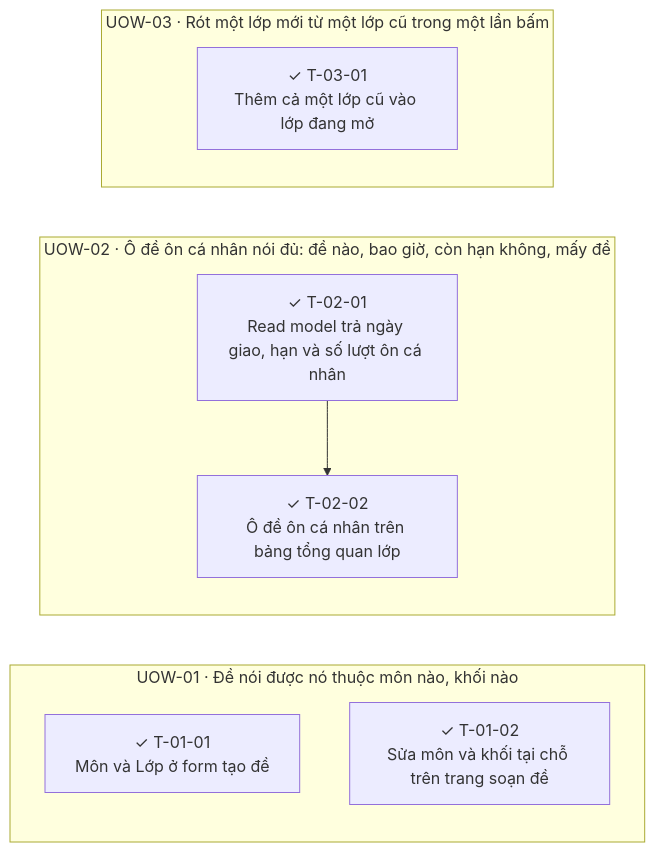
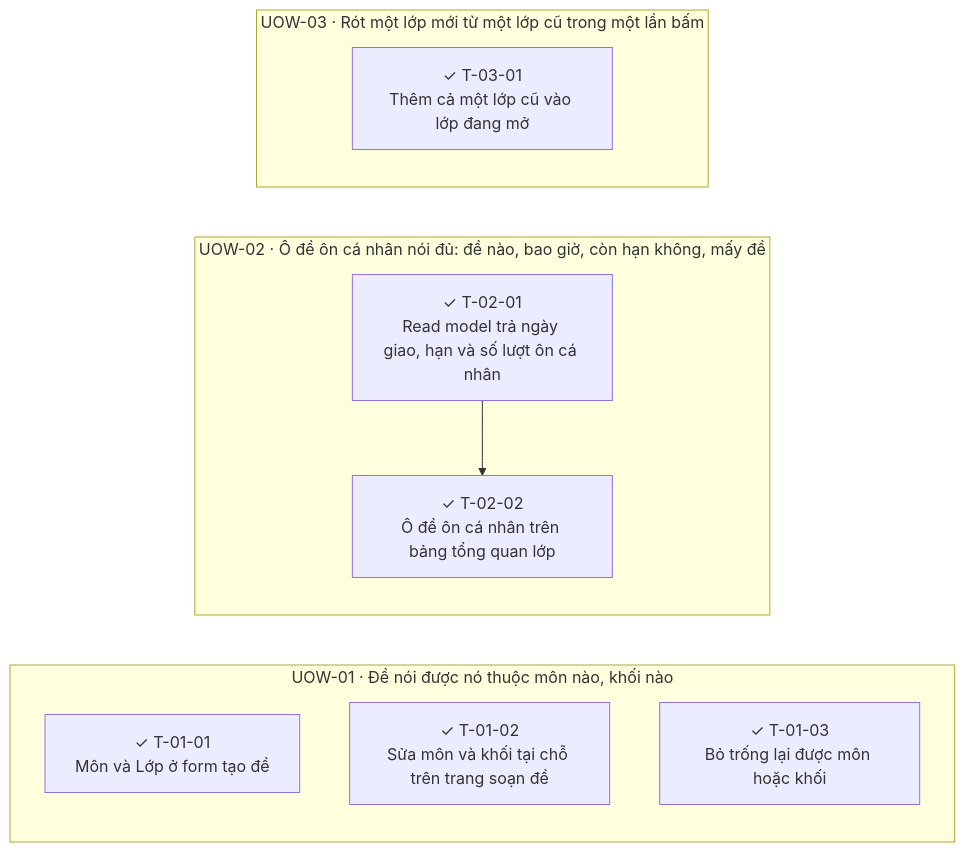
The diagram in .ai/features/2026092601-exam-labels-and-roster-fill/05-ticket-graph.md (LocTran12310/examind), drawn with Mermaid before and after one commit. The commit also changed other lines of this file and 10 other files, not shown here.

First line of the commit message:
fix(api): "Chưa chọn" ở môn và lớp phải xoá được thật

````diff
--- a/.ai/features/2026092601-exam-labels-and-roster-fill/05-ticket-graph.md
+++ b/.ai/features/2026092601-exam-labels-and-roster-fill/05-ticket-graph.md
@@ -24,15 +24,16 @@
 ```mermaid
 graph LR
   subgraph UOW_01["UOW-01 · Đề nói được nó thuộc môn nào, khối nào"]
     T_01_01["✓ T-01-01<br/>Môn và Lớp ở form tạo đề"]
     T_01_02["✓ T-01-02<br/>Sửa môn và khối tại chỗ trên trang soạn đề"]
+    T_01_03["✓ T-01-03<br/>Bỏ trống lại được môn hoặc khối"]
   end
   subgraph UOW_02["UOW-02 · Ô đề ôn cá nhân nói đủ: đề nào, bao giờ, còn hạn không, mấy đề"]
     T_02_01["✓ T-02-01<br/>Read model trả ngày giao, hạn và số lượt ôn cá nhân"]
     T_02_02["✓ T-02-02<br/>Ô đề ôn cá nhân trên bảng tổng quan lớp"]
   end
   subgraph UOW_03["UOW-03 · Rót một lớp mới từ một lớp cũ trong một lần bấm"]
     T_03_01["✓ T-03-01<br/>Thêm cả một lớp cũ vào lớp đang mở"]
   end
   T_02_01 --> T_02_02
 ```
````
